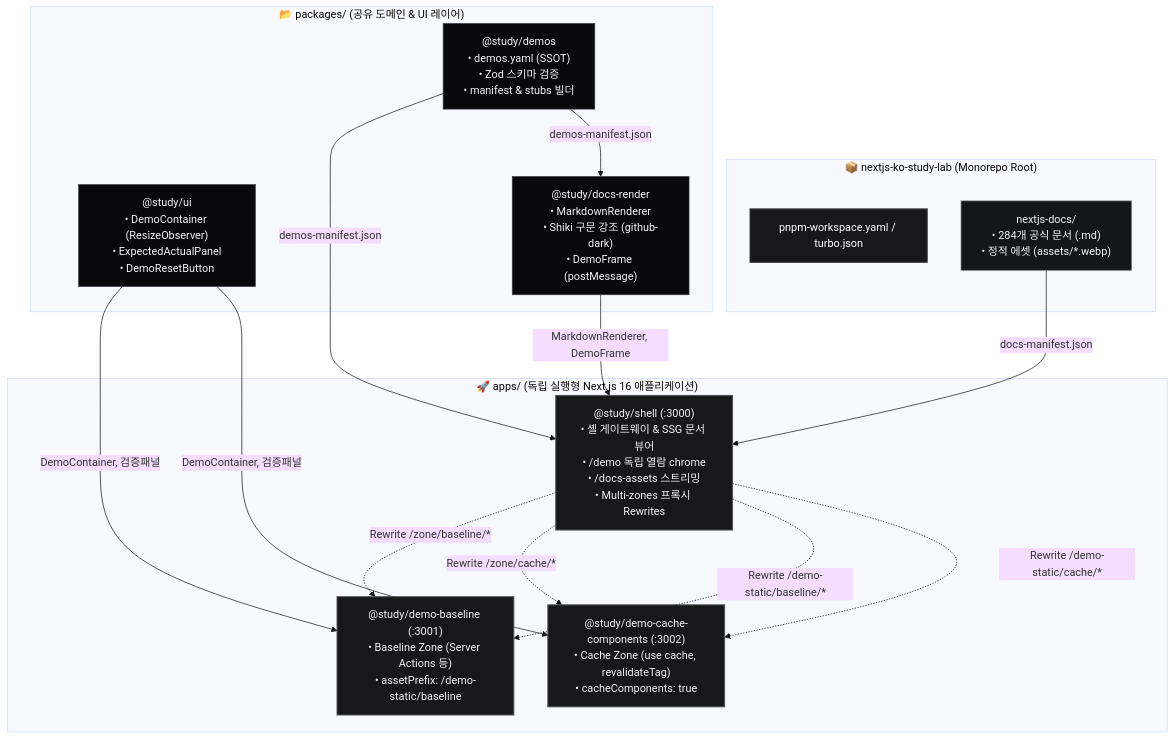
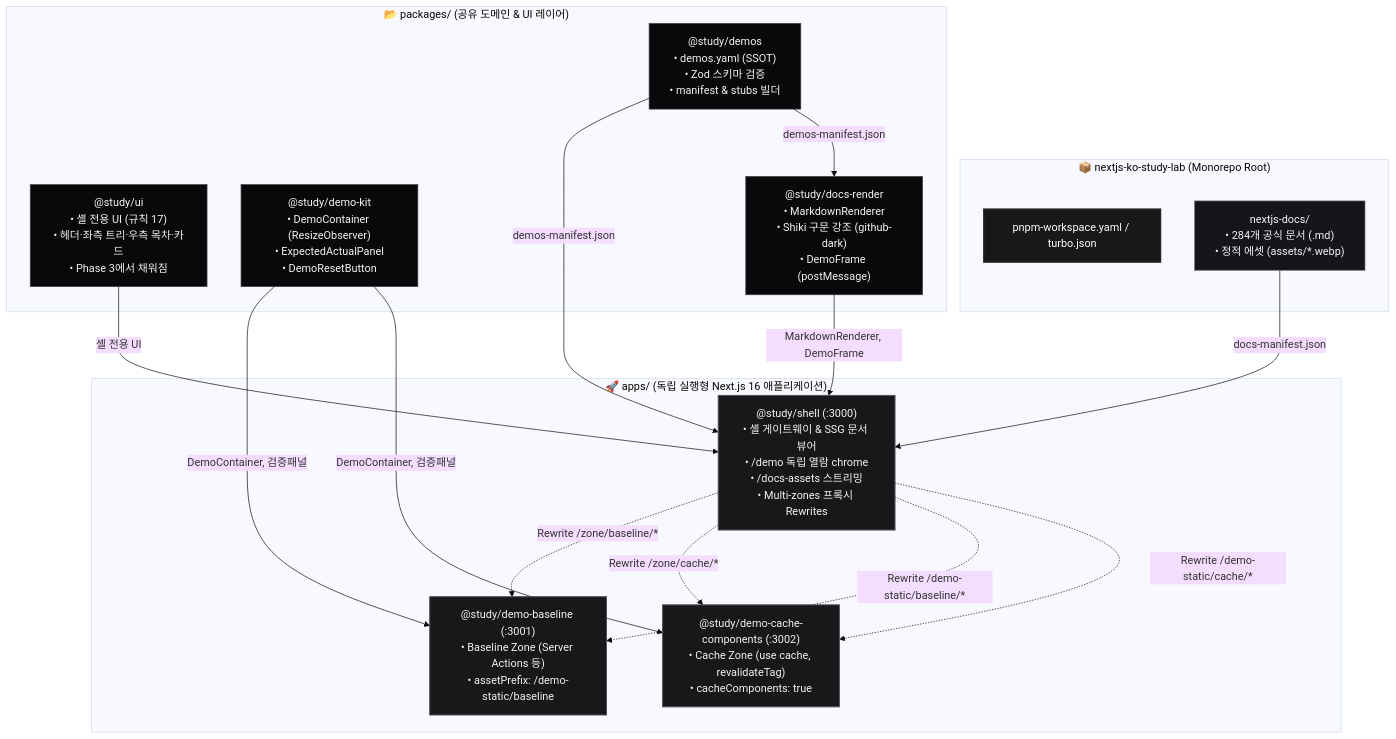
Before and after one commit to Junyong34/nextjs-ko-study-lab: the first of 3 diagrams in nextjs-app/ARCHITECTURE.md, drawn with Mermaid (base theme). The commit also changed other lines of this file and 26 other files, not shown here.

First line of the commit message:
[refactor/component-directory][refactor]: @study/demo-kit 신설로 패키지 경계 정정

````diff
--- a/nextjs-app/ARCHITECTURE.md
+++ b/nextjs-app/ARCHITECTURE.md
@@ -11,38 +11,40 @@
 ```mermaid
 graph TD
     classDef rootStyle fill:#18181b,stroke:#27272a,color:#ffffff,stroke-width:2px;
     classDef pkgStyle fill:#09090b,stroke:#3f3f46,color:#f4f4f5,stroke-width:1px;
     classDef appStyle fill:#18181b,stroke:#52525b,color:#f4f4f5,stroke-width:1.5px;
     classDef docStyle fill:#14161a,stroke:#71717a,color:#f4f4f5,stroke-width:1px;
 
     subgraph RepoRoot ["📦 nextjs-ko-study-lab (Monorepo Root)"]
         Workspace["pnpm-workspace.yaml / turbo.json"]:::rootStyle
         DocsSource["nextjs-docs/<br/>• 284개 공식 문서 (.md)<br/>• 정적 에셋 (assets/*.webp)"]:::docStyle
     end
 
     subgraph Packages ["📂 packages/ (공유 도메인 & UI 레이어)"]
         DemosPkg["@study/demos<br/>• demos.yaml (SSOT)<br/>• Zod 스키마 검증<br/>• manifest & stubs 빌더"]:::pkgStyle
-        UIPkg["@study/ui<br/>• DemoContainer (ResizeObserver)<br/>• ExpectedActualPanel<br/>• DemoResetButton"]:::pkgStyle
+        UIPkg["@study/ui<br/>• 셸 전용 UI (규칙 17)<br/>• 헤더·좌측 트리·우측 목차·카드<br/>• Phase 3에서 채워짐"]:::pkgStyle
+        DemoKitPkg["@study/demo-kit<br/>• DemoContainer (ResizeObserver)<br/>• ExpectedActualPanel<br/>• DemoResetButton"]:::pkgStyle
         RenderPkg["@study/docs-render<br/>• MarkdownRenderer<br/>• Shiki 구문 강조 (github-dark)<br/>• DemoFrame (postMessage)"]:::pkgStyle
     end
 
     subgraph Apps ["🚀 apps/ (독립 실행형 Next.js 16 애플리케이션)"]
         ShellApp["@study/shell (:3000)<br/>• 셸 게이트웨이 & SSG 문서 뷰어<br/>• /demo 독립 열람 chrome<br/>• /docs-assets 스트리밍<br/>• Multi-zones 프록시 Rewrites"]:::appStyle
         DemoBaseline["@study/demo-baseline (:3001)<br/>• Baseline Zone (Server Actions 등)<br/>• assetPrefix: /demo-static/baseline"]:::appStyle
         DemoCache["@study/demo-cache-components (:3002)<br/>• Cache Zone (use cache, revalidateTag)<br/>• cacheComponents: true"]:::appStyle
     end
 
     %% 의존 관계
     DocsSource -->|docs-manifest.json| ShellApp
     DemosPkg -->|demos-manifest.json| ShellApp
     DemosPkg -->|demos-manifest.json| RenderPkg
-    UIPkg -->|DemoContainer, 검증패널| DemoBaseline
-    UIPkg -->|DemoContainer, 검증패널| DemoCache
+    DemoKitPkg -->|DemoContainer, 검증패널| DemoBaseline
+    DemoKitPkg -->|DemoContainer, 검증패널| DemoCache
+    UIPkg -->|셸 전용 UI| ShellApp
     RenderPkg -->|MarkdownRenderer, DemoFrame| ShellApp
 
     %% 런타임 멀티 존 프록시 연결
     ShellApp -.->|Rewrite /zone/baseline/*| DemoBaseline
     ShellApp -.->|Rewrite /zone/cache/*| DemoCache
     ShellApp -.->|Rewrite /demo-static/baseline/*| DemoBaseline
     ShellApp -.->|Rewrite /demo-static/cache/*| DemoCache
 ```
````
